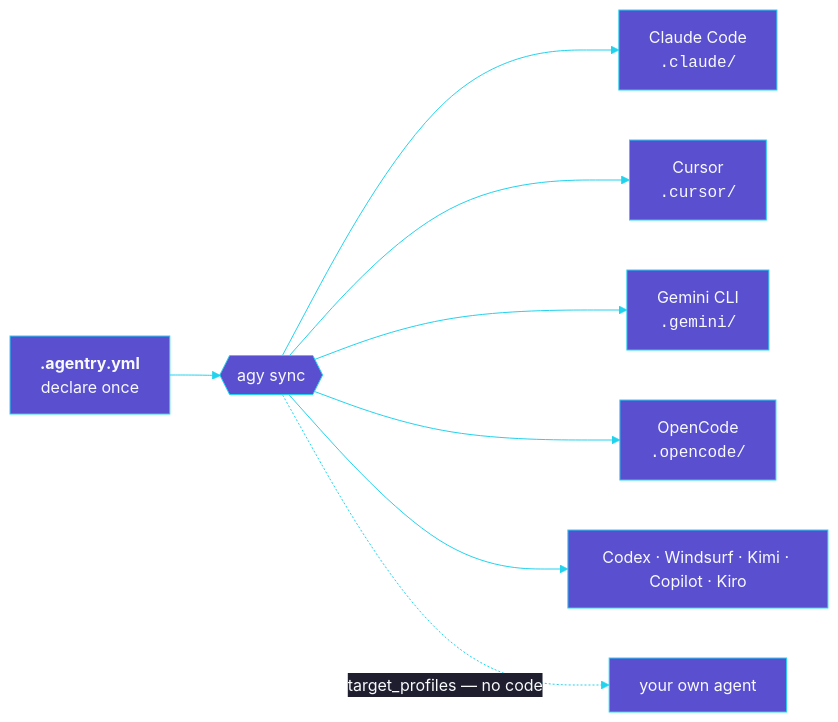
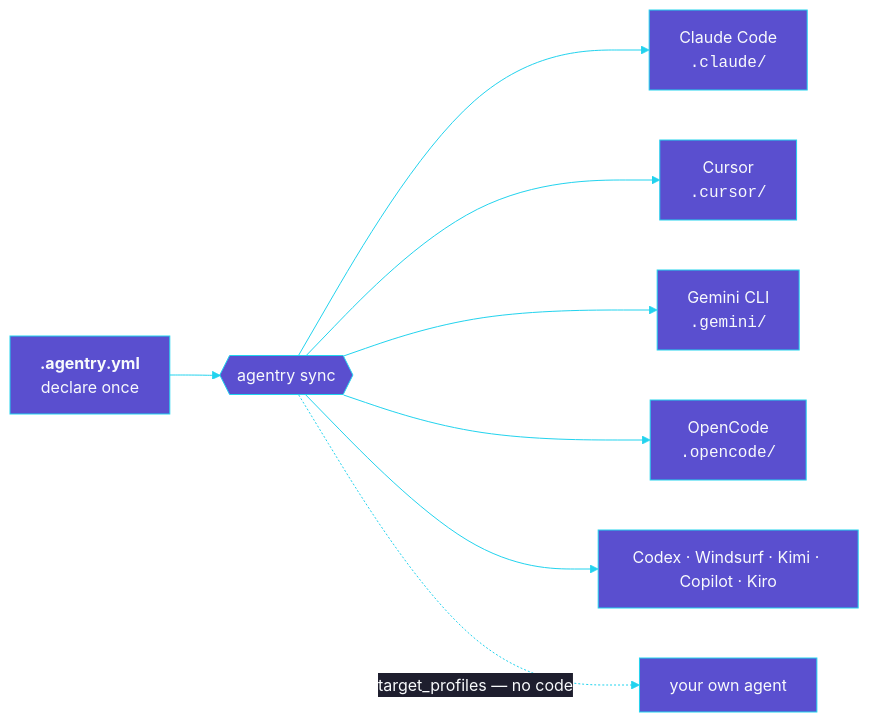
The diagram in docs/index.md (OpenTechIL/agentry), drawn with Mermaid before and after one commit. The commit also changed other lines of this file and 15 other files, not shown here.

````diff
--- a/docs/index.md
+++ b/docs/index.md
@@ -14,11 +11,11 @@
 ```mermaid
 %%{init: {'theme':'base','themeVariables':{'primaryColor':'#5A4FCF','primaryTextColor':'#F8FAFC','lineColor':'#22D3EE','primaryBorderColor':'#22D3EE','secondaryColor':'#1E1E2E'}}}%%
 flowchart LR
-  Y["<b>.agentry.yml</b><br/>declare once"] --> S{{"agy sync"}}
+  Y["<b>.agentry.yml</b><br/>declare once"] --> S{{"agentry sync"}}
   S --> C["Claude Code<br/><code>.claude/</code>"]
   S --> U["Cursor<br/><code>.cursor/</code>"]
   S --> G["Gemini CLI<br/><code>.gemini/</code>"]
   S --> O["OpenCode<br/><code>.opencode/</code>"]
   S --> X["Codex · Windsurf · Kimi · Copilot · Kiro"]
   S -.->|"target_profiles — no code"| N["your own agent"]
 ```
````
